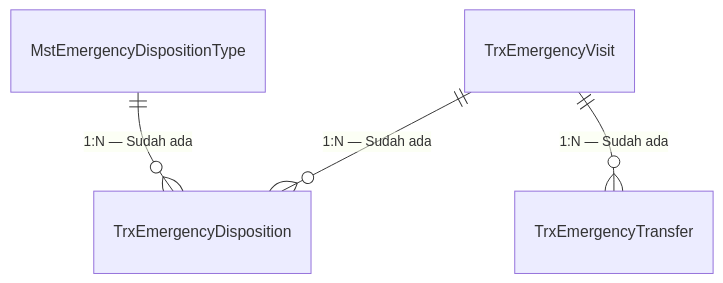
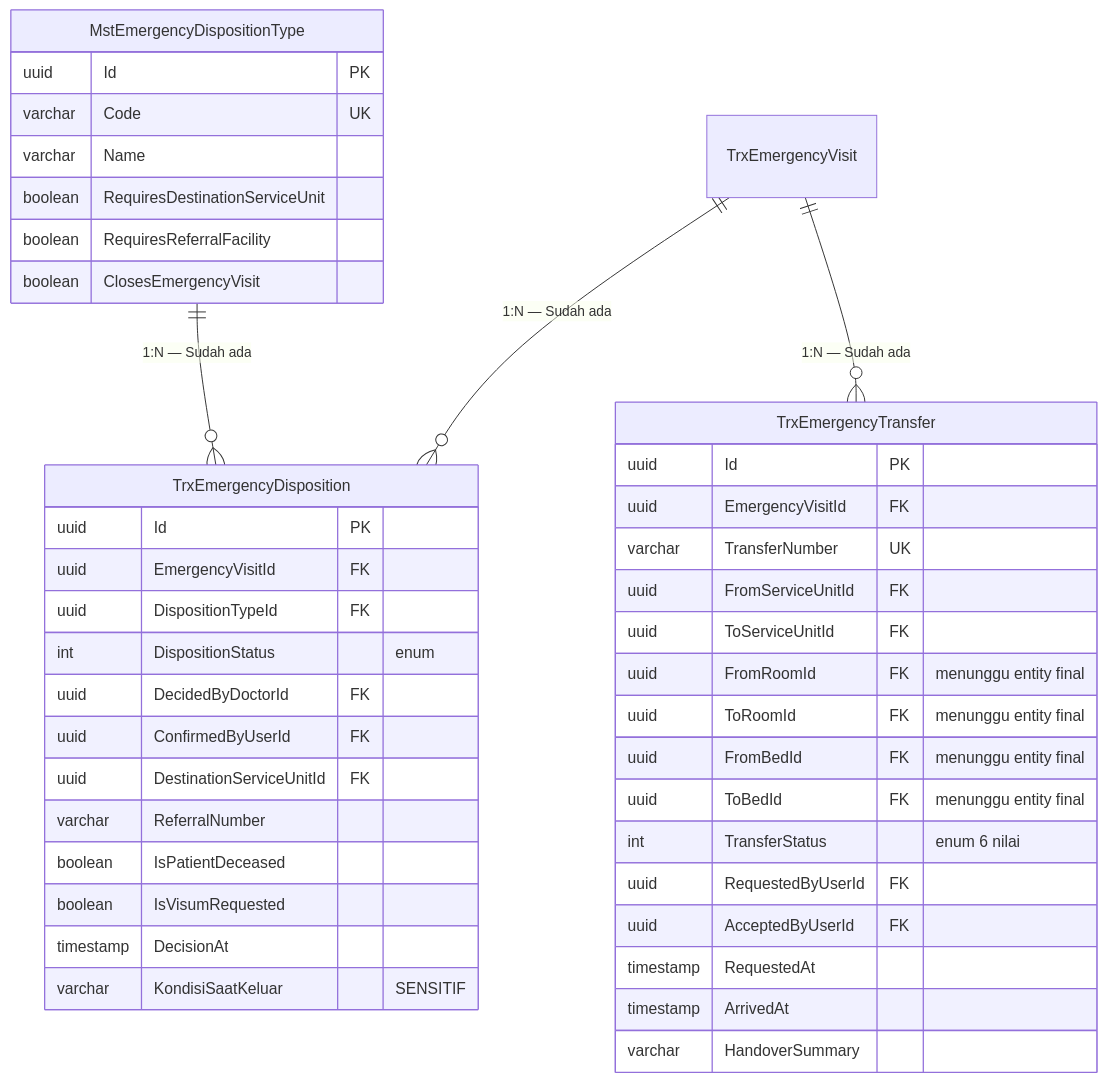
The third of 3 diagrams in docs/module-blueprints/igd/erd/emergency-episode.md (DevBenari/NewQuilvianSystemBackend), drawn with Mermaid before and after one commit. The commit also changed other lines of this file and 5 other files, not shown here.

Commit message:
feat(erd): Enhance ERD and data dictionary documentation with DDL schema and audit columns

````diff
--- a/docs/module-blueprints/igd/erd/emergency-episode.md
+++ b/docs/module-blueprints/igd/erd/emergency-episode.md
@@ -48,6 +174,45 @@
 ```mermaid
 erDiagram
+    TrxEmergencyDisposition {
+        uuid Id PK
+        uuid EmergencyVisitId FK
+        uuid DispositionTypeId FK
+        int DispositionStatus "enum"
+        uuid DecidedByDoctorId FK
+        uuid ConfirmedByUserId FK
+        uuid DestinationServiceUnitId FK
+        varchar ReferralNumber
+        boolean IsPatientDeceased
+        boolean IsVisumRequested
+        timestamp DecisionAt
+        varchar KondisiSaatKeluar "SENSITIF"
+    }
+    TrxEmergencyTransfer {
+        uuid Id PK
+        uuid EmergencyVisitId FK
+        varchar TransferNumber UK
+        uuid FromServiceUnitId FK
+        uuid ToServiceUnitId FK
+        uuid FromRoomId FK "menunggu entity final"
+        uuid ToRoomId FK "menunggu entity final"
+        uuid FromBedId FK "menunggu entity final"
+        uuid ToBedId FK "menunggu entity final"
+        int TransferStatus "enum 6 nilai"
+        uuid RequestedByUserId FK
+        uuid AcceptedByUserId FK
+        timestamp RequestedAt
+        timestamp ArrivedAt
+        varchar HandoverSummary
+    }
+    MstEmergencyDispositionType {
+        uuid Id PK
+        varchar Code UK
+        varchar Name
+        boolean RequiresDestinationServiceUnit
+        boolean RequiresReferralFacility
+        boolean ClosesEmergencyVisit
+    }
     TrxEmergencyVisit ||--o{ TrxEmergencyDisposition : "1:N — Sudah ada"
     TrxEmergencyVisit ||--o{ TrxEmergencyTransfer : "1:N — Sudah ada"
     MstEmergencyDispositionType ||--o{ TrxEmergencyDisposition : "1:N — Sudah ada"
 ```
````
